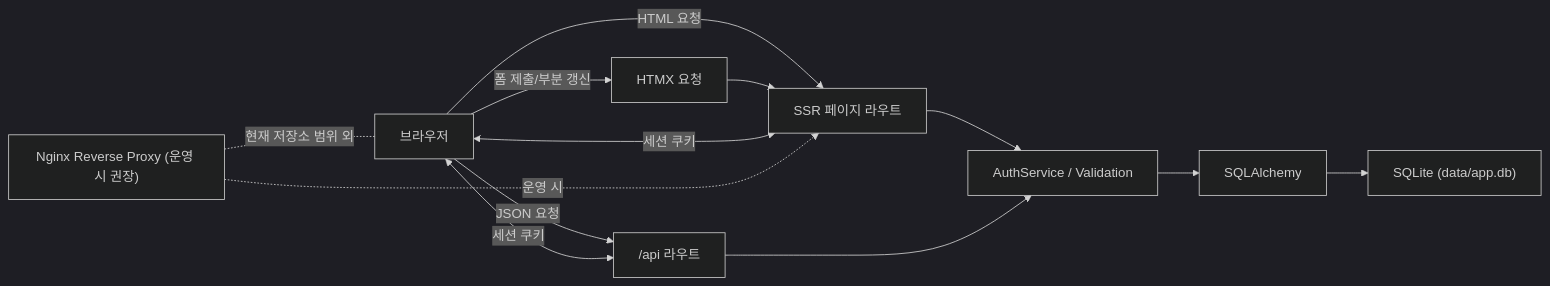
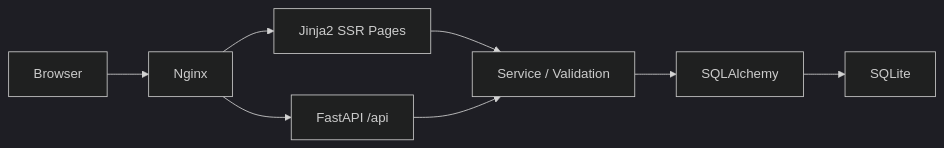
One commit to lickelon/sine-web-auth-demo changed the diagram in README.md. Above: the diagram before and after it, drawn with Mermaid (dark theme). The commit also changed other lines of this file, not shown here.

````diff
--- a/README.md
+++ b/README.md
@@ -49,15 +22,10 @@
 ```mermaid
 flowchart LR
-    Browser["브라우저"] -->|HTML 요청| Pages["SSR 페이지 라우트"]
-    Browser -->|JSON 요청| Api["/api 라우트"]
-    Browser -->|폼 제출/부분 갱신| Htmx["HTMX 요청"]
-    Htmx --> Pages
-    Pages --> Service["AuthService / Validation"]
+    Client["Browser"] --> Proxy["Nginx"]
+    Proxy --> Front["Jinja2 SSR Pages"]
+    Proxy --> Api["FastAPI /api"]
+    Front --> Service["Service / Validation"]
     Api --> Service
     Service --> ORM["SQLAlchemy"]
-    ORM --> DB["SQLite (data/app.db)"]
-    Browser <-->|세션 쿠키| Pages
-    Browser <-->|세션 쿠키| Api
-    Proxy["Nginx Reverse Proxy (운영 시 권장)"] -. 현재 저장소 범위 외 .- Browser
-    Proxy -. 운영 시 .-> Pages
+    ORM --> DB["SQLite"]
 ```
````
